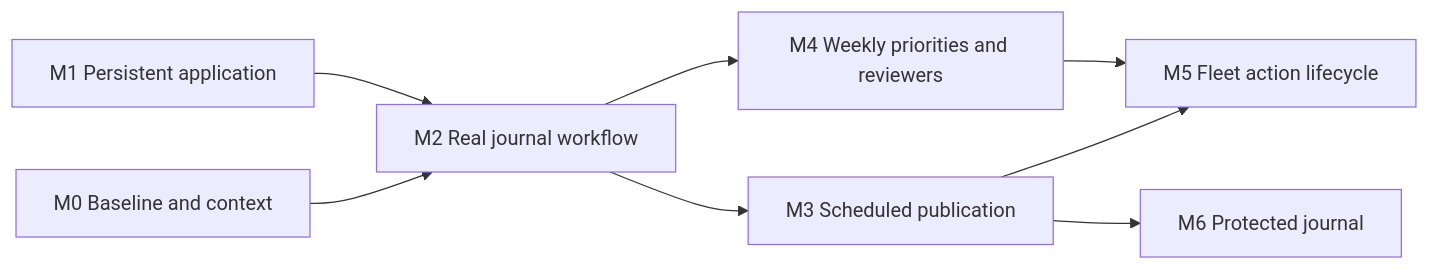
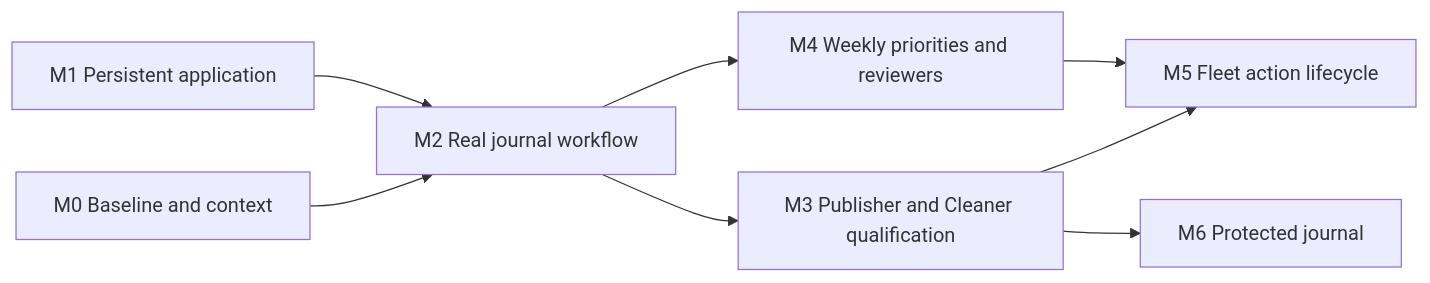
Before and after one commit to ojfbot/daily-logger: the diagram in docs/agent-service/delivery-roadmap.md, drawn with Mermaid. The commit also changed other lines of this file and 10 other files, not shown here.

Commit message:
Address offline fixture review and clarify editor and Cleaner qualification

````diff
--- a/docs/agent-service/delivery-roadmap.md
+++ b/docs/agent-service/delivery-roadmap.md
@@ -11,10 +11,10 @@
 ```mermaid
 flowchart LR
   M0[M0 Baseline and context] --> M2[M2 Real journal workflow]
   M1[M1 Persistent application] --> M2
-  M2 --> M3[M3 Scheduled publication]
+  M2 --> M3[M3 Publisher and Cleaner qualification]
   M2 --> M4[M4 Weekly priorities and reviewers]
   M3 --> M5[M5 Fleet action lifecycle]
   M4 --> M5
   M3 --> M6[M6 Protected journal]
 ```
````
